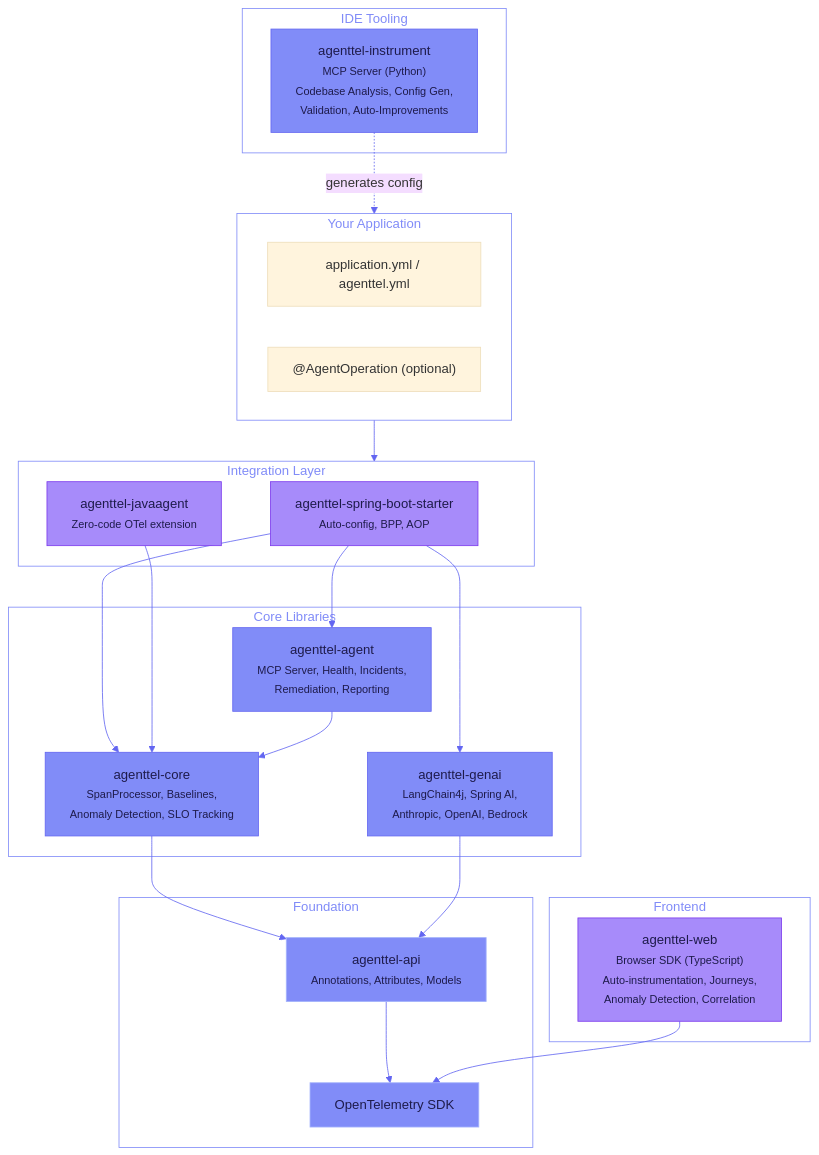
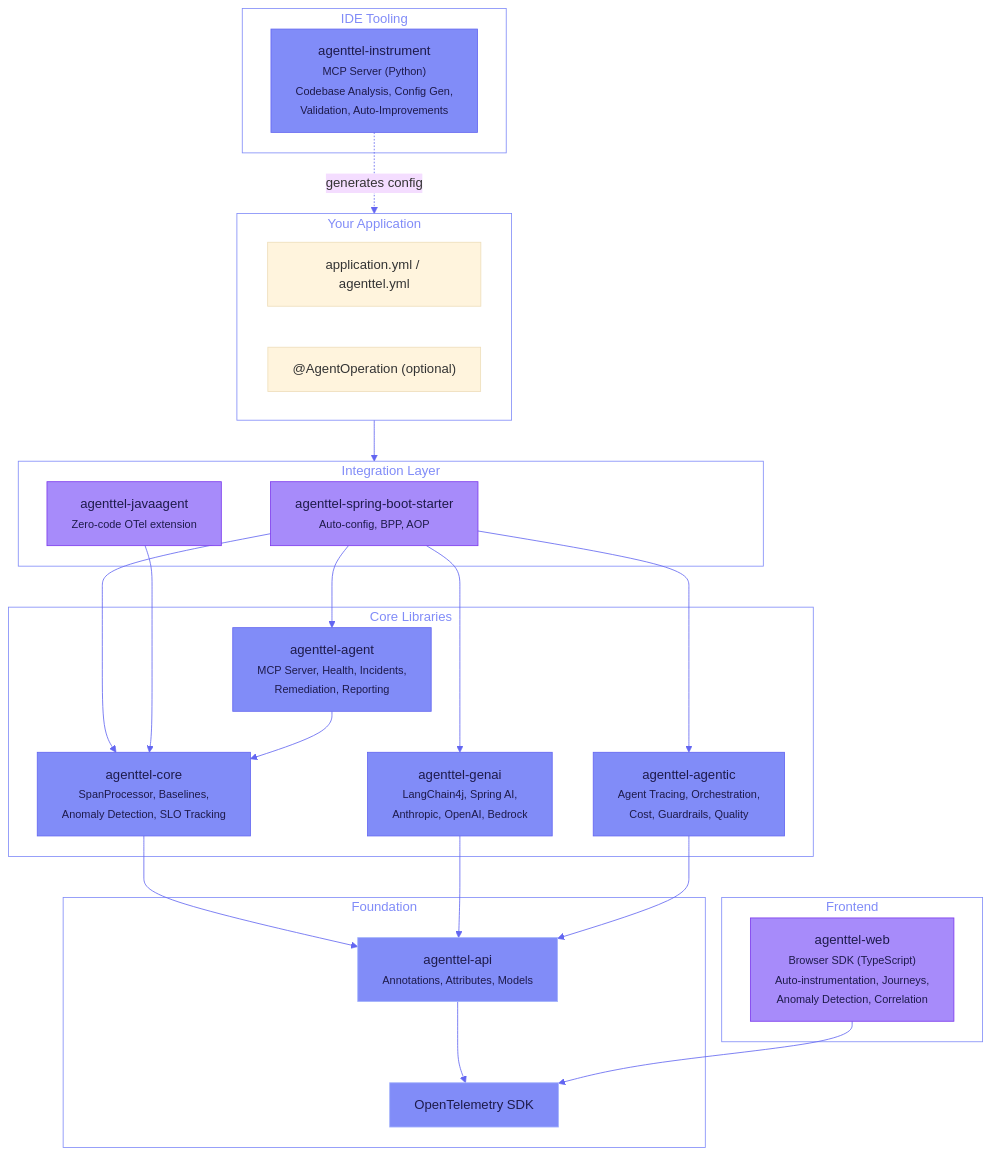
Before and after one commit to rrohitramsen/AgentTel: the second of 2 diagrams in docs/index.md, drawn with Mermaid. The commit also changed other lines of this file and 103 other files, not shown here.

First line of the commit message:
Add agenttel-agentic module with config-driven agent observability

````diff
--- a/docs/index.md
+++ b/docs/index.md
@@ -176,60 +184,64 @@
 ```mermaid
 %%{init: {'theme': 'base', 'themeVariables': {'lineColor': '#6366f1'}}}%%
 graph TB
     subgraph App["Your Application"]
         YML["application.yml / agenttel.yml"]
         ANN["@AgentOperation (optional)"]
     end
 
     subgraph Frontend["Frontend"]
         WEB["agenttel-web<br/><small>Browser SDK (TypeScript)<br/>Auto-instrumentation, Journeys,<br/>Anomaly Detection, Correlation</small>"]
     end
 
     subgraph Integration["Integration Layer"]
         SBS["agenttel-spring-boot-starter<br/><small>Auto-config, BPP, AOP</small>"]
         JAE["agenttel-javaagent<br/><small>Zero-code OTel extension</small>"]
     end
 
     subgraph Core["Core Libraries"]
         COR["agenttel-core<br/><small>SpanProcessor, Baselines,<br/>Anomaly Detection, SLO Tracking</small>"]
         GEN["agenttel-genai<br/><small>LangChain4j, Spring AI,<br/>Anthropic, OpenAI, Bedrock</small>"]
+        AGC["agenttel-agentic<br/><small>Agent Tracing, Orchestration,<br/>Cost, Guardrails, Quality</small>"]
         AGT["agenttel-agent<br/><small>MCP Server, Health, Incidents,<br/>Remediation, Reporting</small>"]
     end
 
     subgraph Tooling["IDE Tooling"]
         INS["agenttel-instrument<br/><small>MCP Server (Python)<br/>Codebase Analysis, Config Gen,<br/>Validation, Auto-Improvements</small>"]
     end
 
     subgraph Foundation["Foundation"]
         API["agenttel-api<br/><small>Annotations, Attributes, Models</small>"]
         OTEL["OpenTelemetry SDK"]
     end
 
     App --> Integration
     SBS --> COR
     SBS --> GEN
+    SBS --> AGC
     SBS --> AGT
     JAE --> COR
     COR --> API
     GEN --> API
+    AGC --> API
     AGT --> COR
     API --> OTEL
     WEB --> OTEL
     INS -.->|"generates config"| App
 
     style App fill:none,stroke:#818cf8,color:#818cf8
     style Frontend fill:none,stroke:#818cf8,color:#818cf8
     style Integration fill:none,stroke:#818cf8,color:#818cf8
     style Core fill:none,stroke:#818cf8,color:#818cf8
     style Tooling fill:none,stroke:#818cf8,color:#818cf8
     style Foundation fill:none,stroke:#818cf8,color:#818cf8
     style SBS fill:#a78bfa,stroke:#7c3aed,color:#1e1b4b
     style JAE fill:#a78bfa,stroke:#7c3aed,color:#1e1b4b
     style WEB fill:#a78bfa,stroke:#7c3aed,color:#1e1b4b
     style INS fill:#818cf8,stroke:#6366f1,color:#1e1b4b
     style COR fill:#818cf8,stroke:#6366f1,color:#1e1b4b
     style GEN fill:#818cf8,stroke:#6366f1,color:#1e1b4b
+    style AGC fill:#818cf8,stroke:#6366f1,color:#1e1b4b
     style AGT fill:#818cf8,stroke:#6366f1,color:#1e1b4b
     style API fill:#818cf8,stroke:#a5b4fc,color:#1e1b4b
     style OTEL fill:#818cf8,stroke:#a5b4fc,color:#1e1b4b
 ```
````
